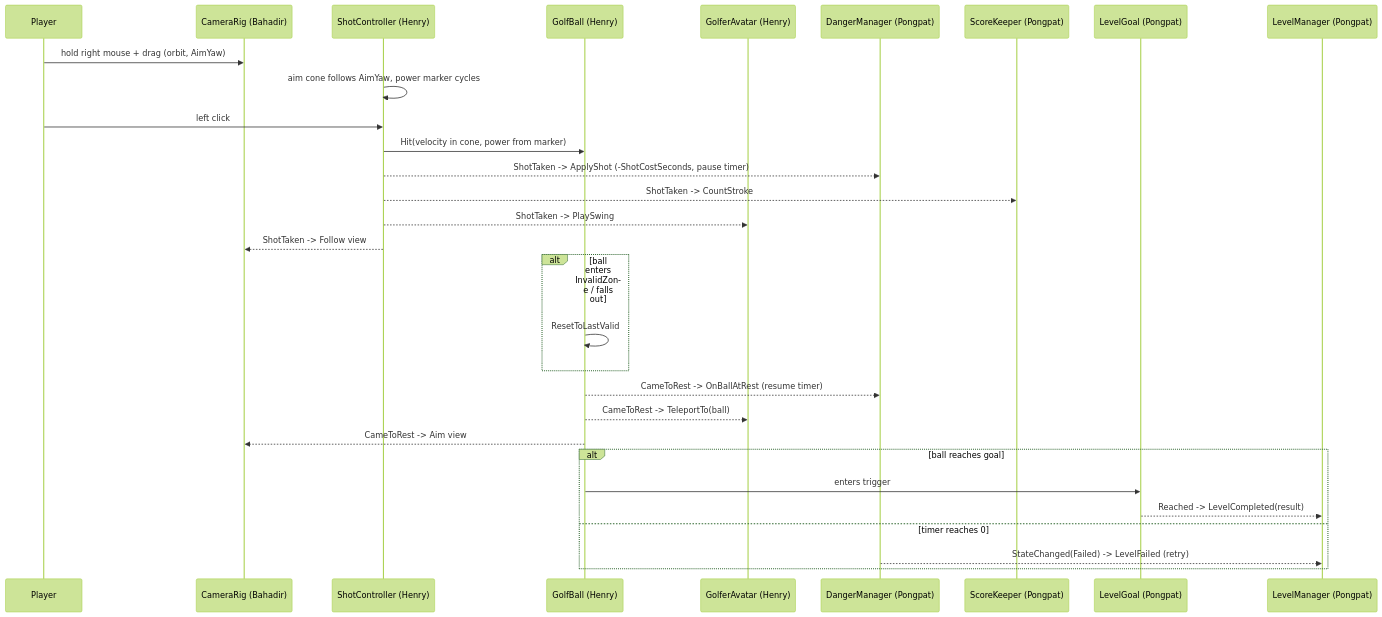
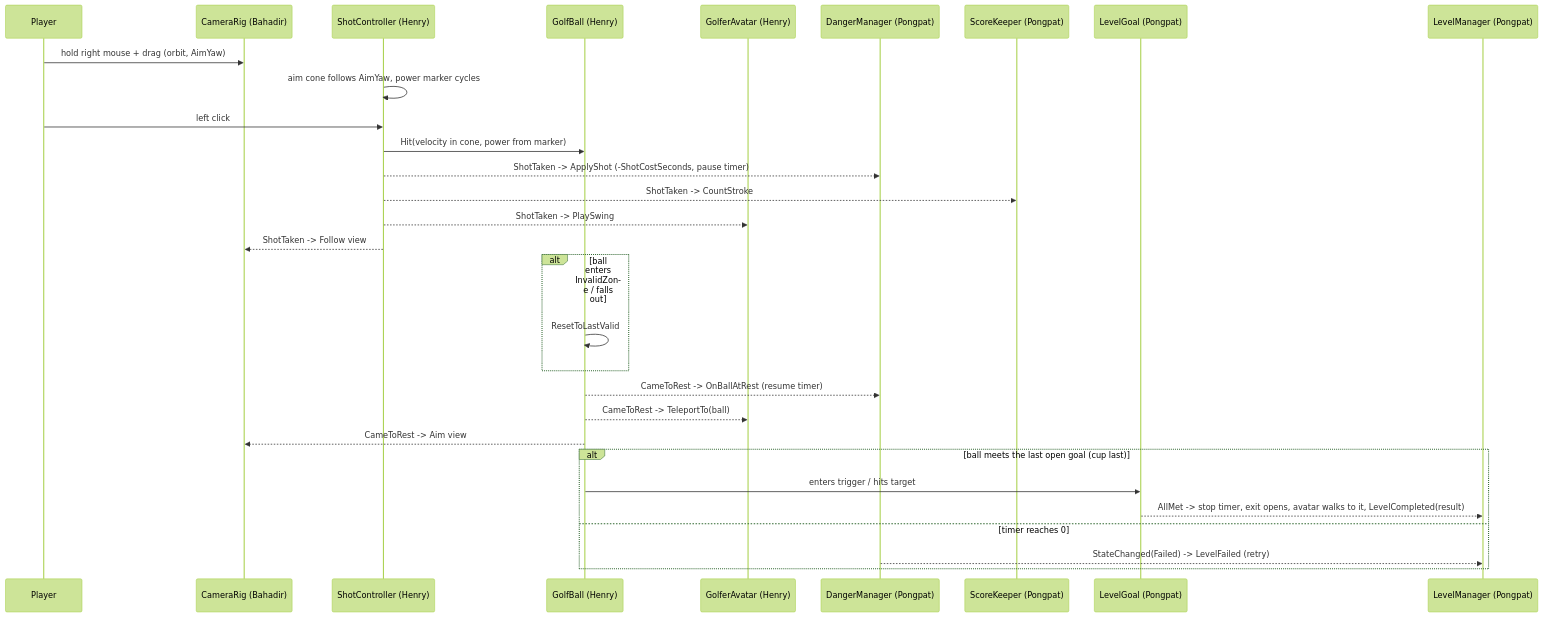
Before and after one commit to hwupu/115A-535652-3DGP-Final: the diagram in docs/architecture.md, drawn with Mermaid (forest theme). The commit also changed other lines of this file and 1 other file, not shown here.

First line of the commit message:
docs(architecture): several goals per level, cup last, exit opens and avatar walks (#22, #18, #27, #38) (#111)

````diff
--- a/docs/architecture.md
+++ b/docs/architecture.md
@@ -306,32 +333,32 @@
 ```mermaid
 sequenceDiagram
     participant P as Player
     participant C as CameraRig (Bahadir)
     participant S as ShotController (Henry)
     participant B as GolfBall (Henry)
     participant A as GolferAvatar (Henry)
     participant D as DangerManager (Pongpat)
     participant K as ScoreKeeper (Pongpat)
     participant G as LevelGoal (Pongpat)
     participant L as LevelManager (Pongpat)
     P->>C: hold right mouse + drag (orbit, AimYaw)
     S->>S: aim cone follows AimYaw, power marker cycles
     P->>S: left click
     S->>B: Hit(velocity in cone, power from marker)
     S-->>D: ShotTaken -> ApplyShot (-ShotCostSeconds, pause timer)
     S-->>K: ShotTaken -> CountStroke
     S-->>A: ShotTaken -> PlaySwing
     S-->>C: ShotTaken -> Follow view
     alt ball enters InvalidZone / falls out
         B->>B: ResetToLastValid
     end
     B-->>D: CameToRest -> OnBallAtRest (resume timer)
     B-->>A: CameToRest -> TeleportTo(ball)
     B-->>C: CameToRest -> Aim view
-    alt ball reaches goal
-        B->>G: enters trigger
-        G-->>L: Reached -> LevelCompleted(result)
+    alt ball meets the last open goal (cup last)
+        B->>G: enters trigger / hits target
+        G-->>L: AllMet -> stop timer, exit opens, avatar walks to it, LevelCompleted(result)
     else timer reaches 0
         D-->>L: StateChanged(Failed) -> LevelFailed (retry)
     end
 ```
````
